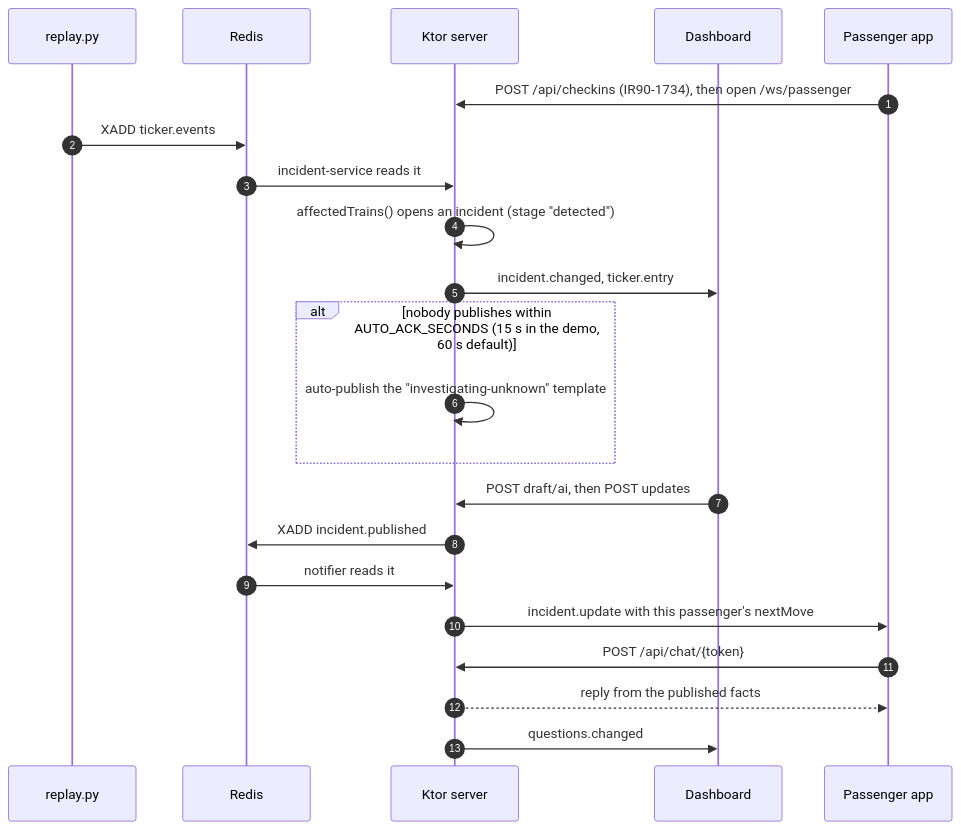
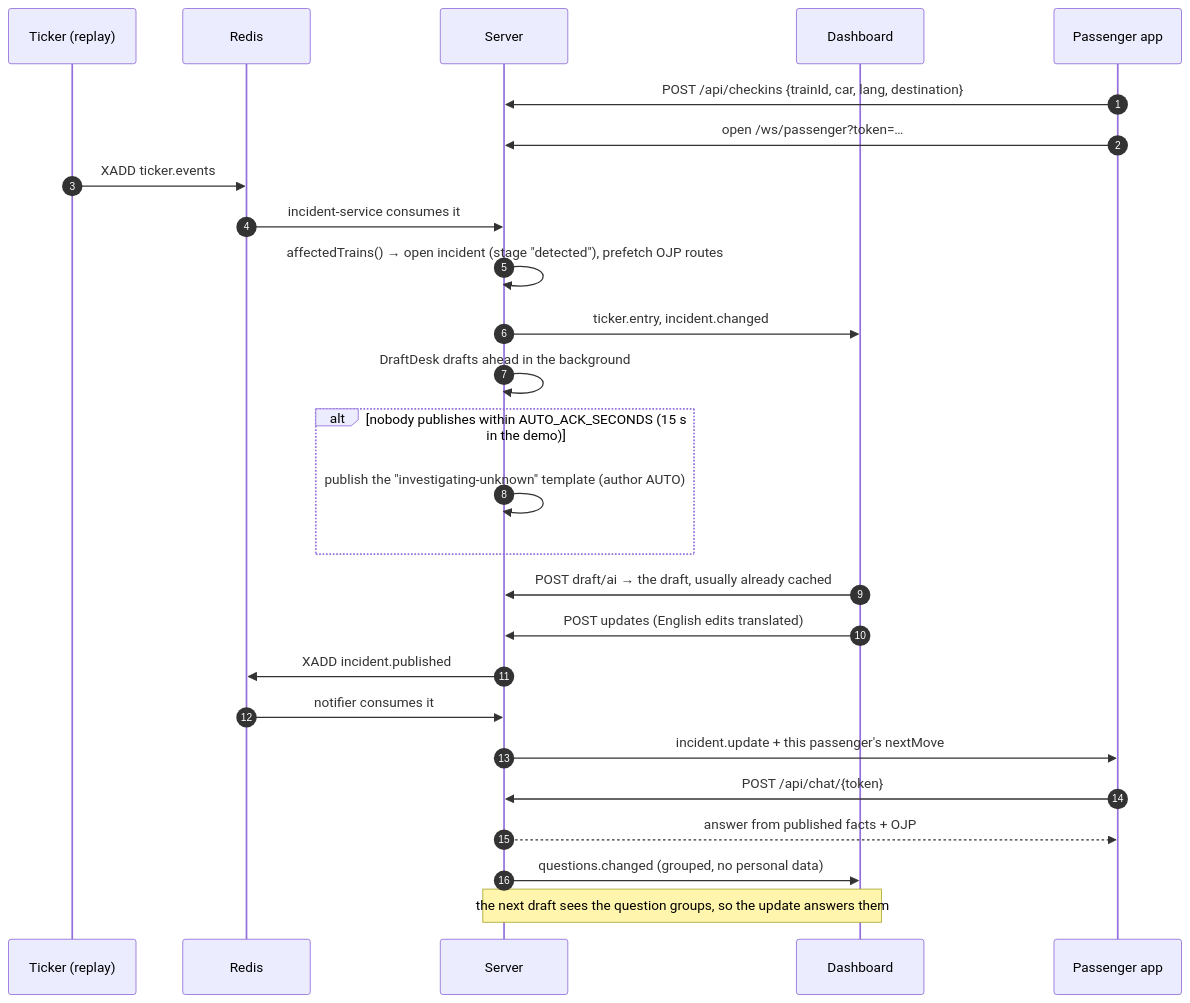
One commit to abi-azan/lauzhack-2026 changed the second of 2 diagrams in docs/ARCHITECTURE.md. Above: the diagram before and after it, drawn with Mermaid. The commit also changed other lines of this file and 2 other files, not shown here.

First line of the commit message:
Sync the team repo's final docs: architecture rewrite, Bluetooth check-in lines in the screenplays

````diff
--- a/docs/ARCHITECTURE.md
+++ b/docs/ARCHITECTURE.md
@@ -72,24 +70,28 @@
 ```mermaid
 sequenceDiagram
   autonumber
-  participant R as replay.py
+  participant R as Ticker (replay)
   participant Q as Redis
-  participant S as Ktor server
+  participant S as Server
   participant A as Dashboard
   participant P as Passenger app
-  P->>S: POST /api/checkins (IR90-1734), then open /ws/passenger
+  P->>S: POST /api/checkins {trainId, car, lang, destination}
+  P->>S: open /ws/passenger?token=…
   R->>Q: XADD ticker.events
-  Q->>S: incident-service reads it
-  S->>S: affectedTrains() opens an incident (stage "detected")
-  S->>A: incident.changed, ticker.entry
-  alt nobody publishes within AUTO_ACK_SECONDS (15 s in the demo, 60 s default)
-    S->>S: auto-publish the "investigating-unknown" template
+  Q->>S: incident-service consumes it
+  S->>S: affectedTrains() → open incident (stage "detected"), prefetch OJP routes
+  S->>A: ticker.entry, incident.changed
+  S->>S: DraftDesk drafts ahead in the background
+  alt nobody publishes within AUTO_ACK_SECONDS (15 s in the demo)
+    S->>S: publish the "investigating-unknown" template (author AUTO)
   end
-  A->>S: POST draft/ai, then POST updates
+  A->>S: POST draft/ai → the draft, usually already cached
+  A->>S: POST updates (English edits translated)
   S->>Q: XADD incident.published
-  Q->>S: notifier reads it
-  S->>P: incident.update with this passenger's nextMove
+  Q->>S: notifier consumes it
+  S->>P: incident.update + this passenger's nextMove
   P->>S: POST /api/chat/{token}
-  S-->>P: reply from the published facts
-  S->>A: questions.changed
+  S-->>P: answer from published facts + OJP
+  S->>A: questions.changed (grouped, no personal data)
+  Note over A,S: the next draft sees the question groups, so the update answers them
 ```
````
